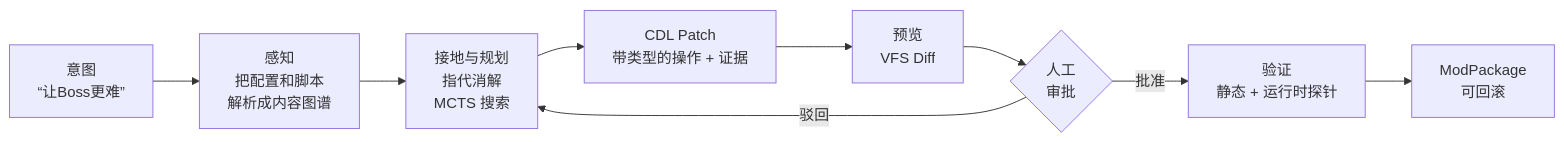
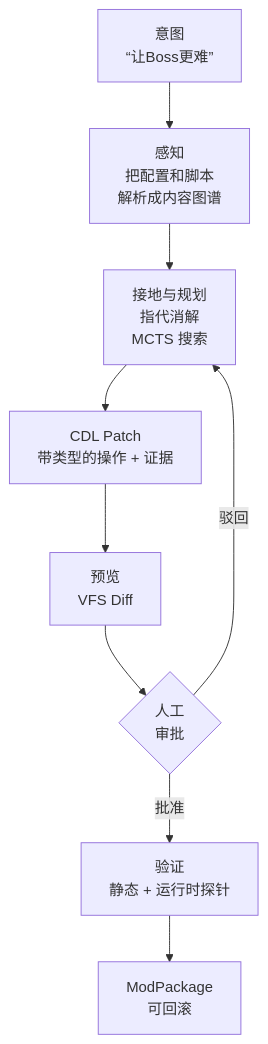
Before and after one commit to tim0n1994/udify: the diagram in README.zh-CN.md, drawn with Mermaid. The commit also changed 1 other file, not shown here.

Commit message:
docs: README 流程图改为纵向，提升可读性

````diff
--- a/README.zh-CN.md
+++ b/README.zh-CN.md
@@ -44,11 +44,11 @@
 ```mermaid
-flowchart LR
+flowchart TD
     A["意图<br/>“让Boss更难”"] --> B["感知<br/>把配置和脚本<br/>解析成内容图谱"]
     B --> C["接地与规划<br/>指代消解<br/>MCTS 搜索"]
     C --> D["CDL Patch<br/>带类型的操作 + 证据"]
     D --> E["预览<br/>VFS Diff"]
     E --> F{"人工<br/>审批"}
     F -->|批准| G["验证<br/>静态 + 运行时探针"]
     F -->|驳回| C
     G --> H["ModPackage<br/>可回滚"]
 ```
````
